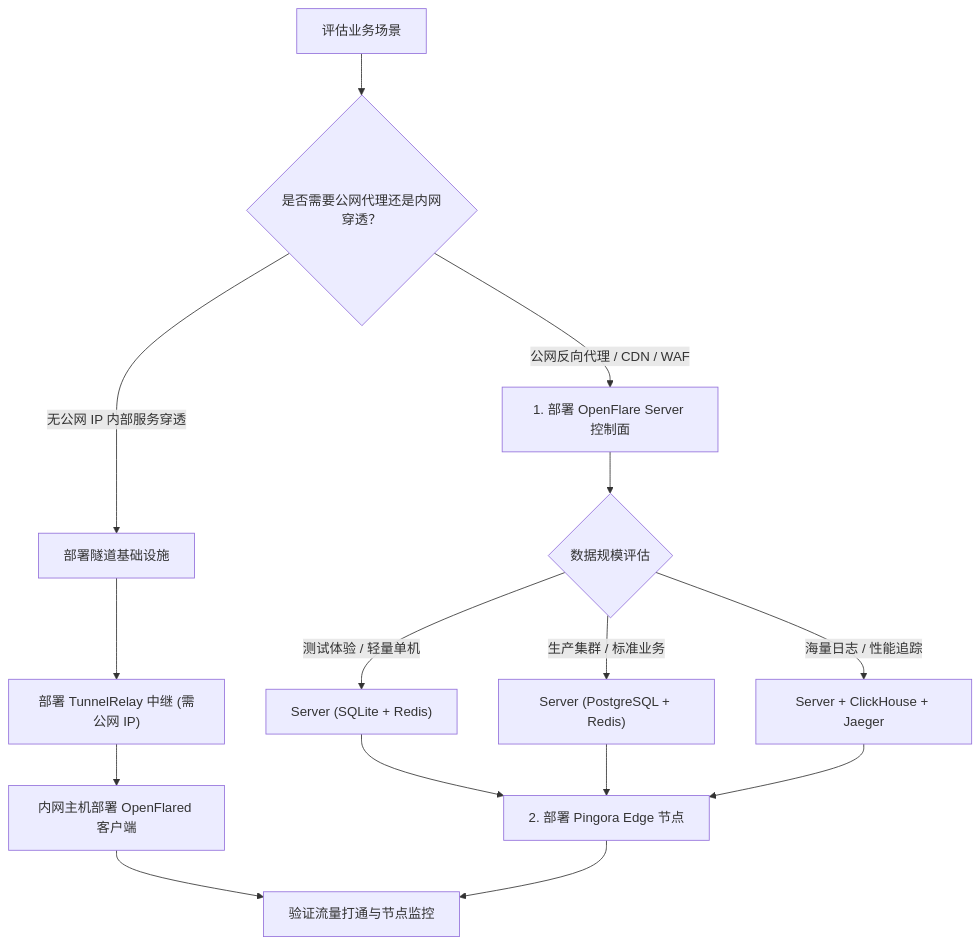
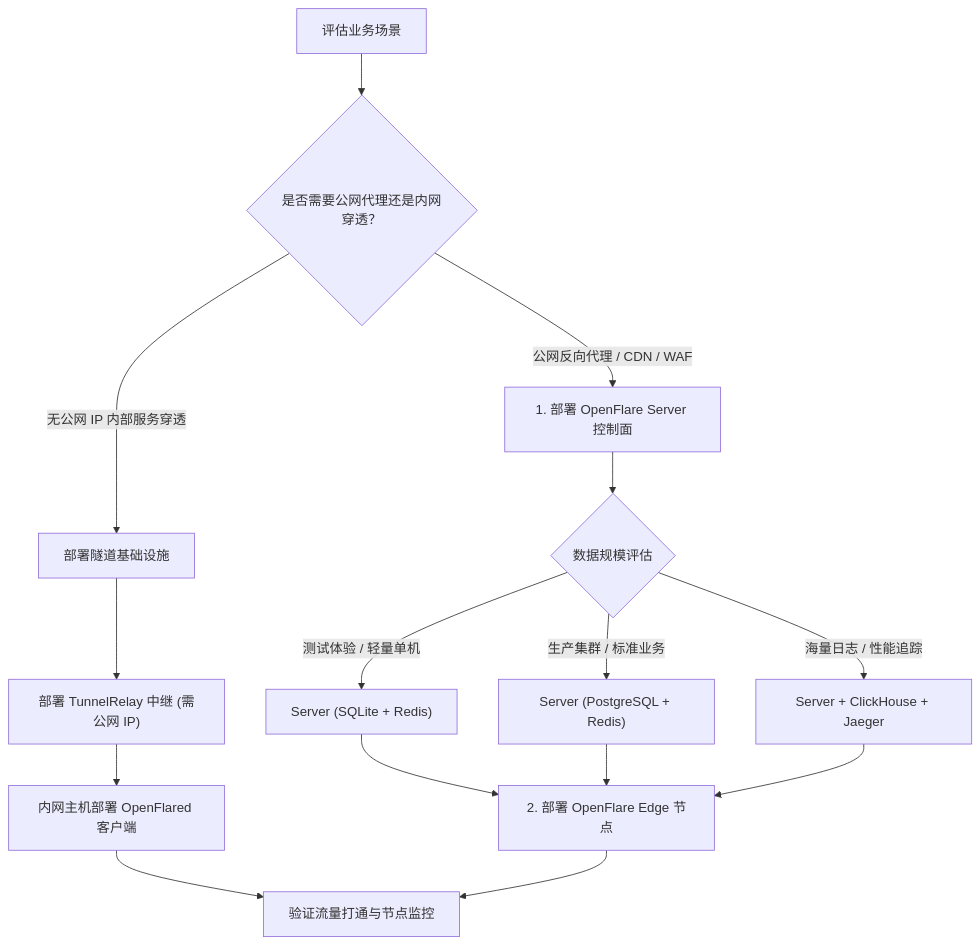
One commit to Rain-kl/OpenFlare changed the diagram in docs/deployment/index.md. Above: the diagram before and after it, drawn with Mermaid. The commit also changed other lines of this file and 85 other files, not shown here.

````diff
--- a/docs/deployment/index.md
+++ b/docs/deployment/index.md
@@ -18,20 +18,20 @@
 ```mermaid
 flowchart TD
     Start["评估业务场景"] --> Mode{"是否需要公网代理还是内网穿透？"}
     Mode -->|"公网反向代理 / CDN / WAF"| DeployServer["1. 部署 OpenFlare Server 控制面"]
     Mode -->|"无公网 IP 内部服务穿透"| DeployTunnel["部署隧道基础设施"]
     
     DeployServer --> ServerDB{"数据规模评估"}
     ServerDB -->|"测试体验 / 轻量单机"| ServerLite["Server (SQLite + Redis)"]
     ServerDB -->|"生产集群 / 标准业务"| ServerProd["Server (PostgreSQL + Redis)"]
     ServerDB -->|"海量日志 / 性能追踪"| ServerCluster["Server + ClickHouse + Jaeger"]
     
-    ServerLite --> DeployEdge["2. 部署 Pingora Edge 节点"]
+    ServerLite --> DeployEdge["2. 部署 OpenFlare Edge 节点"]
     ServerProd --> DeployEdge
     ServerCluster --> DeployEdge
     
     DeployTunnel --> DeployRelay["部署 TunnelRelay 中继 (需公网 IP)"]
     DeployRelay --> DeployClient["内网主机部署 OpenFlared 客户端"]
     DeployClient --> Finish["验证流量打通与节点监控"]
     DeployEdge --> Finish
 ```
````
